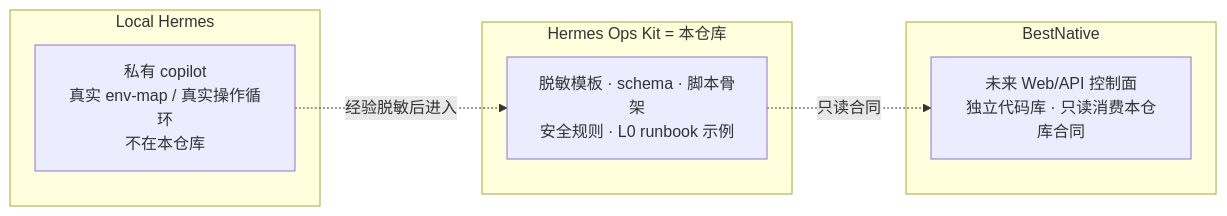
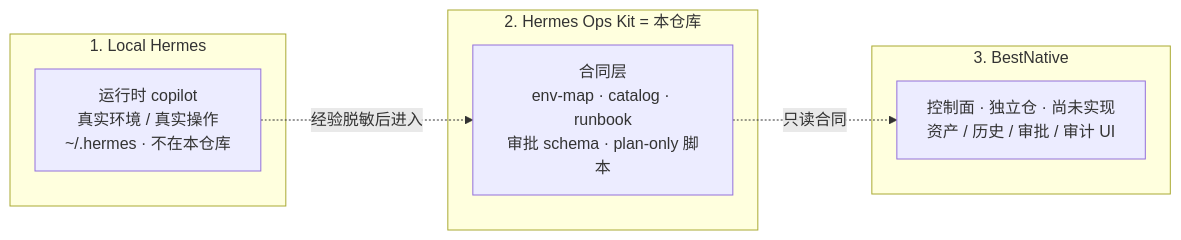
Before and after one commit to z35834491-cmyk/hermes-ops-kit: the first of 2 diagrams in README.md, drawn with Mermaid. The commit also changed other lines of this file and 5 other files, not shown here.

First line of the commit message:
Document product positioning, the three-layer split, and BestNative.

````diff
--- a/README.md
+++ b/README.md
@@ -18,14 +40,14 @@
 ```mermaid
 flowchart LR
-  subgraph L["Local Hermes"]
-    H["私有 copilot<br/>真实 env-map / 真实操作循环<br/>不在本仓库"]
+  subgraph L["1. Local Hermes"]
+    H["运行时 copilot<br/>真实环境 / 真实操作<br/>~/.hermes · 不在本仓库"]
   end
-  subgraph K["Hermes Ops Kit = 本仓库"]
-    T["脱敏模板 · schema · 脚本骨架<br/>安全规则 · L0 runbook 示例"]
+  subgraph K["2. Hermes Ops Kit = 本仓库"]
+    T["合同层<br/>env-map · catalog · runbook<br/>审批 schema · plan-only 脚本"]
   end
-  subgraph B["BestNative"]
-    P["未来 Web/API 控制面<br/>独立代码库 · 只读消费本仓库合同"]
+  subgraph B["3. BestNative"]
+    P["控制面 · 独立仓 · 尚未实现<br/>资产 / 历史 / 审批 / 审计 UI"]
   end
   H -.->|经验脱敏后进入| T
   T -.->|只读合同| P
 ```
````
